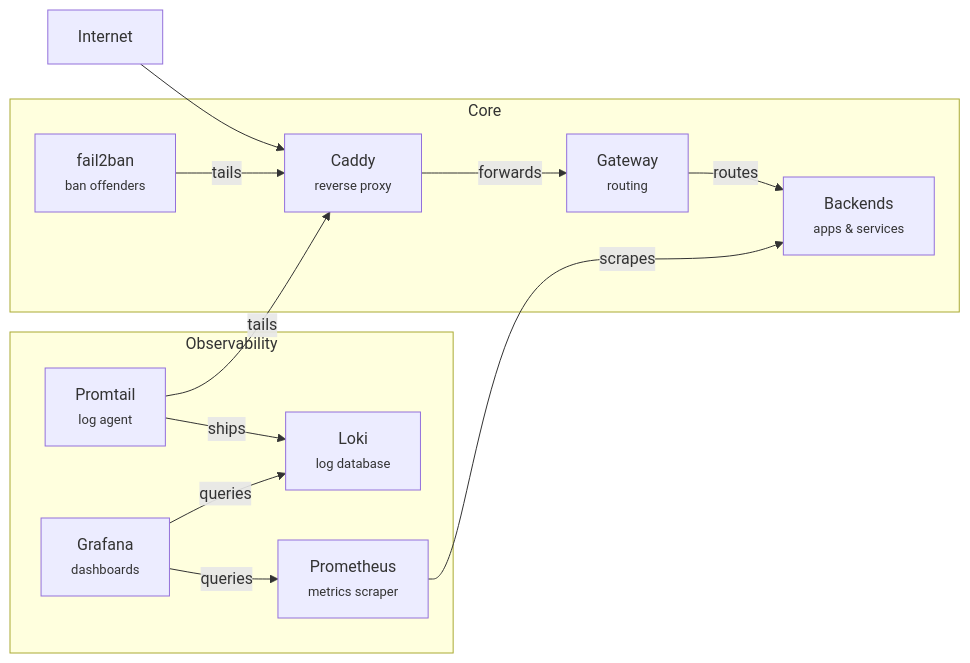
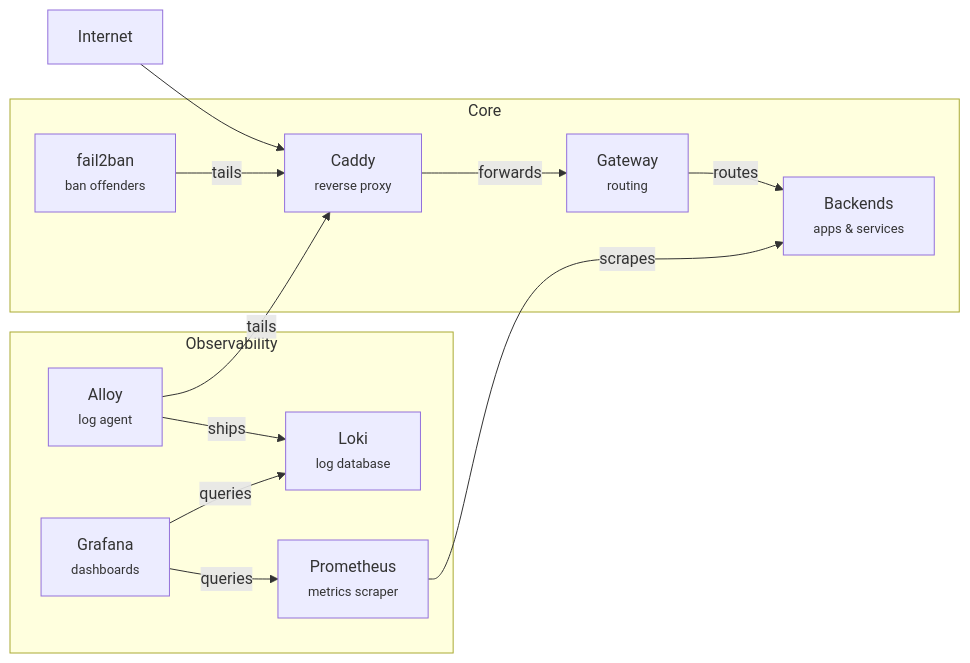
Before and after one commit to dario-mr/shipyard: the diagram in README.md, drawn with Mermaid. The commit also changed other lines of this file and 4 other files, not shown here.

````diff
--- a/README.md
+++ b/README.md
@@ -10,26 +10,26 @@
 ```mermaid
 flowchart LR
     Internet["Internet"]
     Caddy["Caddy<br/><span style='font-size:13px'>reverse proxy</span>"]
     Gateway["Gateway<br/><span style='font-size:13px'>routing</span>"]
     Backends["Backends<br/><span style='font-size:13px'>apps & services</span>"]
     fail2ban["fail2ban<br/><span style='font-size:13px'>ban offenders</span>"]
-    Promtail["Promtail<br/><span style='font-size:13px'>log agent</span>"]
+    Alloy["Alloy<br/><span style='font-size:13px'>log agent</span>"]
     Loki["Loki<br/><span style='font-size:13px'>log database</span>"]
     Prometheus["Prometheus<br/><span style='font-size:13px'>metrics scraper</span>"]
     Grafana["Grafana<br/><span style='font-size:13px'>dashboards</span>"]
     Internet --> Caddy
 
     subgraph Core
         Caddy -->|forwards| Gateway -->|routes| Backends
         fail2ban -->|tails| Caddy
     end
 
     subgraph Observability
-        Promtail -->|tails| Caddy
-        Promtail -->|ships| Loki
+        Alloy -->|tails| Caddy
+        Alloy -->|ships| Loki
         Grafana -->|queries| Loki
         Grafana -->|queries| Prometheus
         Prometheus -->|scrapes| Backends
     end
 ```
````
